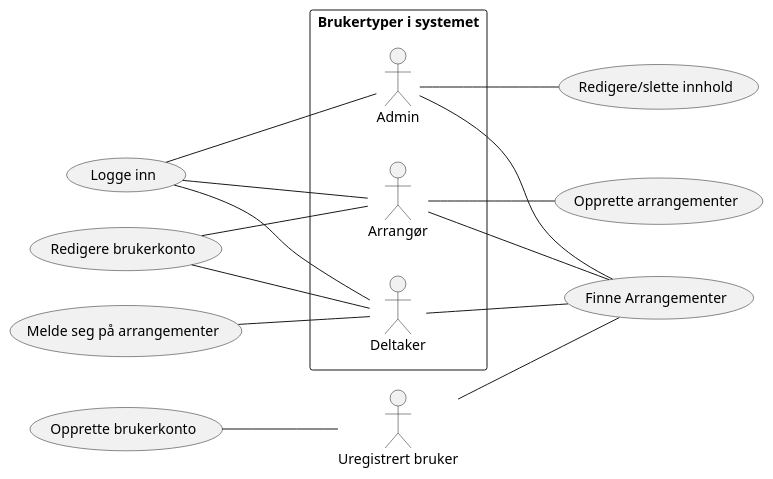
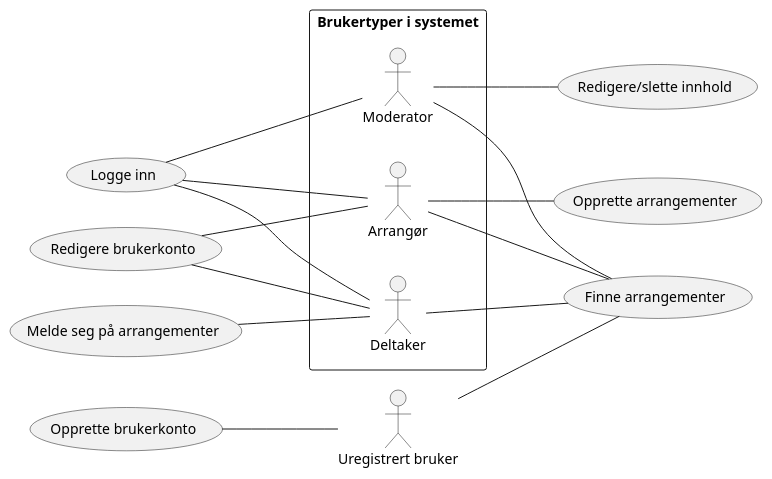
One commit to GossipDolphin/software_prosjekt_18 changed the diagram in diagrammer/use cases/overordnet.puml. Above: the diagram before and after it, drawn with PlantUML.

Commit message:
Oppdatert use case. "Admin" er nå "Moderator".

```diff
--- a/diagrammer/use cases/overordnet.puml
+++ b/diagrammer/use cases/overordnet.puml
@@ -1,33 +1,33 @@
 @startuml
 left to right direction
 
 :Uregistrert bruker: as Uregistrert
 
 rectangle "Brukertyper i systemet"{
 
     :Deltaker:
     :Arrangør:
-    :Admin:
+    :Moderator:
 
 }
 
-Admin -- (Finne Arrangementer)
-Arrangør -- (Finne Arrangementer)
-Deltaker -- (Finne Arrangementer)
-Uregistrert -- (Finne Arrangementer)
+Moderator -- (Finne arrangementer)
+Arrangør -- (Finne arrangementer)
+Deltaker -- (Finne arrangementer)
+Uregistrert -- (Finne arrangementer)
 
-(Redigere/slette innhold) -up- Admin
+(Redigere/slette innhold) -up- Moderator
 
 (Redigere brukerkonto) -- Deltaker
 (Redigere brukerkonto) -- Arrangør
 (Opprette brukerkonto) -- Uregistrert
 
 (Logge inn) -- Deltaker
 (Logge inn) -- Arrangør
-(Logge inn) -- Admin
+(Logge inn) -- Moderator
 
 (Melde seg på arrangementer) -- Deltaker
 
 Arrangør -- (Opprette arrangementer)
 
 @enduml
```
